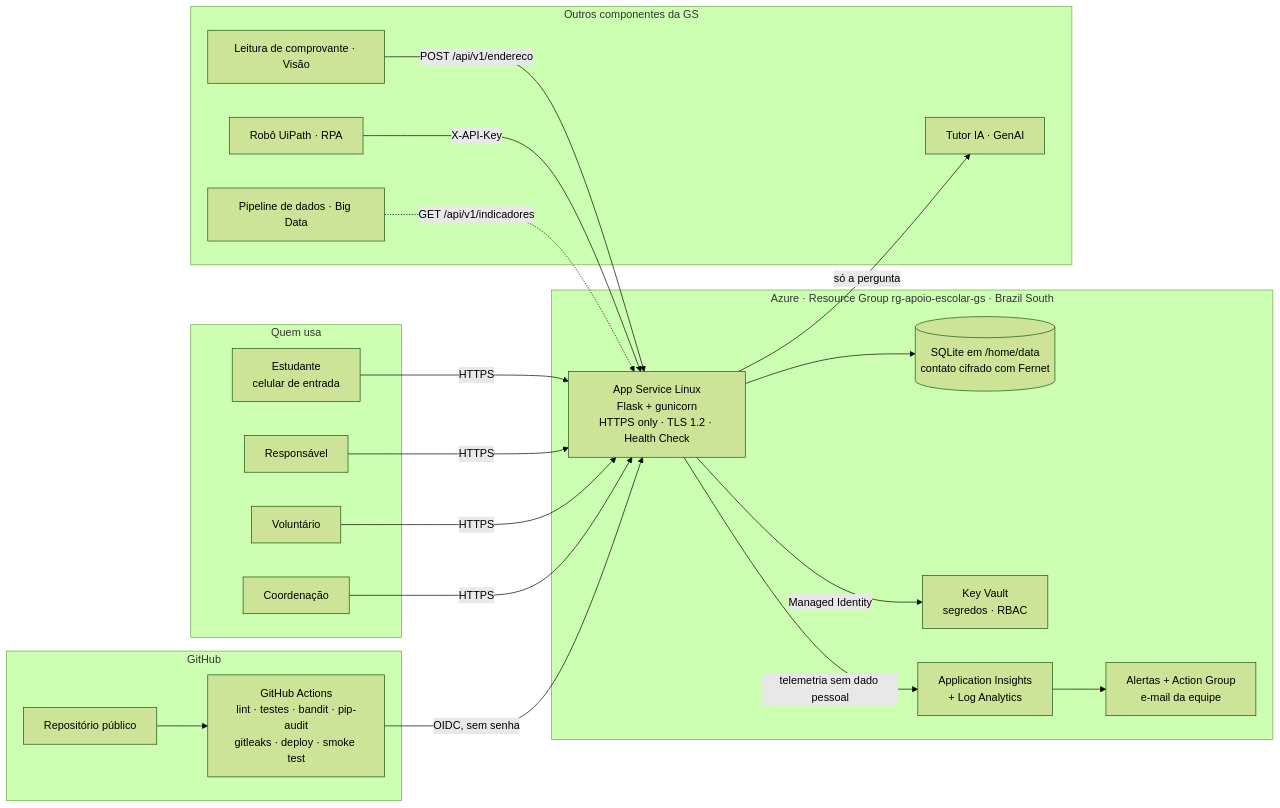
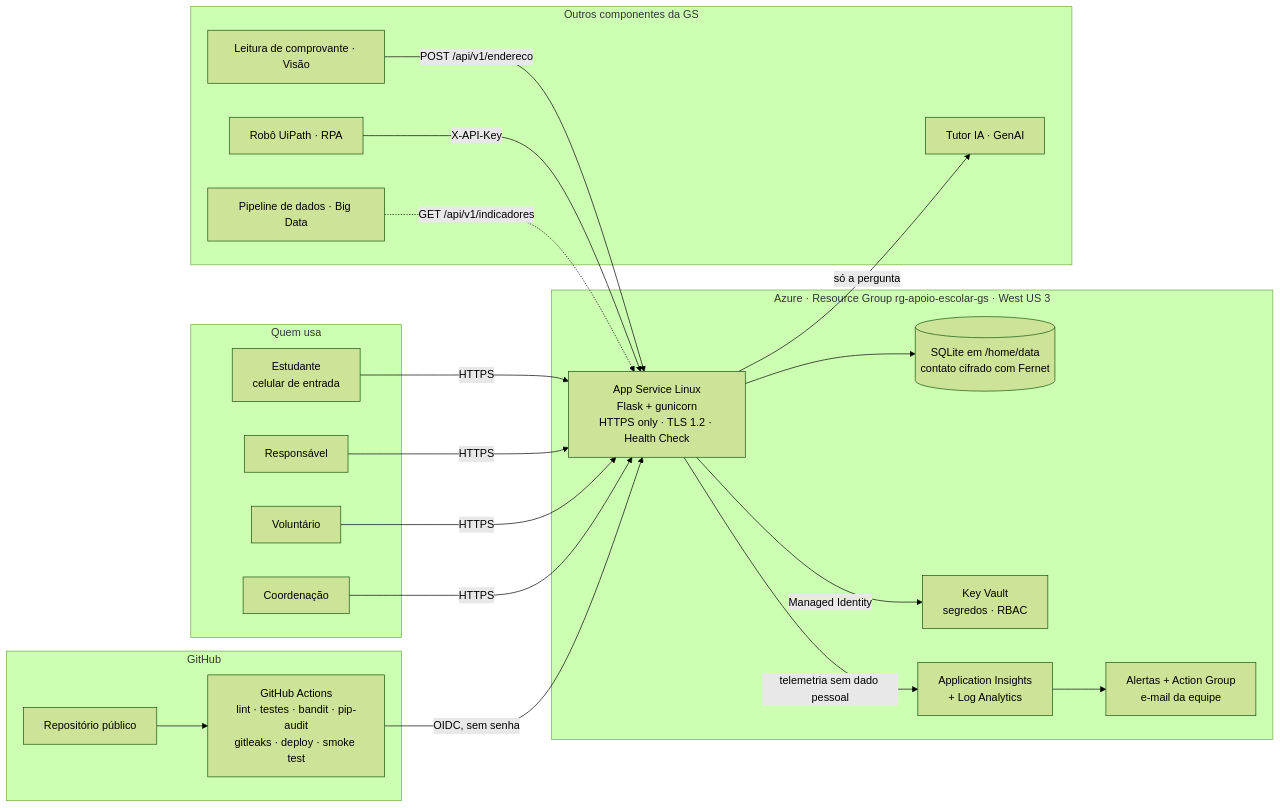
Before and after one commit to FIAP-BitsNBytes/fiap-4espr-gs-devops: the diagram in docs/arquitetura.mmd, drawn with Mermaid (forest theme). The commit also changed 11 other files, not shown here.

```diff
--- a/docs/arquitetura.mmd
+++ b/docs/arquitetura.mmd
@@ -1,35 +1,35 @@
 flowchart LR
   subgraph Usuarios[Quem usa]
     A[Estudante<br/>celular de entrada]
     R[Responsável]
     V[Voluntário]
     C[Coordenação]
   end
   subgraph GH[GitHub]
     REPO[Repositório público]
     ACT[GitHub Actions<br/>lint · testes · bandit · pip-audit<br/>gitleaks · deploy · smoke test]
   end
-  subgraph AZ[Azure · Resource Group rg-apoio-escolar-gs · Brazil South]
+  subgraph AZ[Azure · Resource Group rg-apoio-escolar-gs · West US 3]
     APP[App Service Linux<br/>Flask + gunicorn<br/>HTTPS only · TLS 1.2 · Health Check]
     DB[(SQLite em /home/data<br/>contato cifrado com Fernet)]
     KV[Key Vault<br/>segredos · RBAC]
     AI[Application Insights<br/>+ Log Analytics]
     AL[Alertas + Action Group<br/>e-mail da equipe]
   end
   subgraph GS[Outros componentes da GS]
     GEN[Tutor IA · GenAI]
     CVV[Leitura de comprovante · Visão]
     RPA[Robô UiPath · RPA]
     DADOS[Pipeline de dados · Big Data]
   end
   A & R & V & C -->|HTTPS| APP
   REPO --> ACT
   ACT -->|OIDC, sem senha| APP
   APP --> DB
   APP -->|Managed Identity| KV
   APP -->|telemetria sem dado pessoal| AI
   AI --> AL
   APP -->|só a pergunta| GEN
   CVV -->|POST /api/v1/endereco| APP
   RPA -->|X-API-Key| APP
   DADOS -.->|GET /api/v1/indicadores| APP
```
